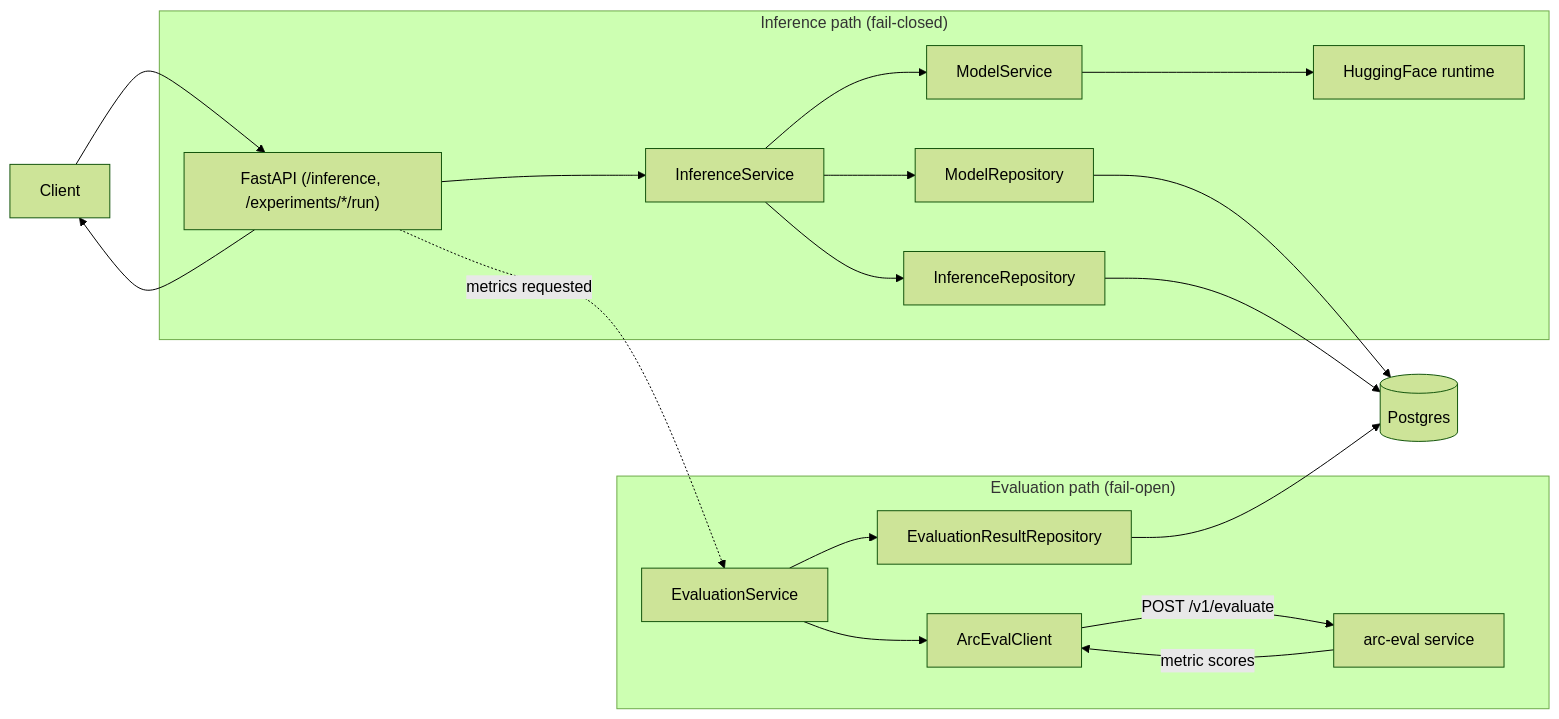
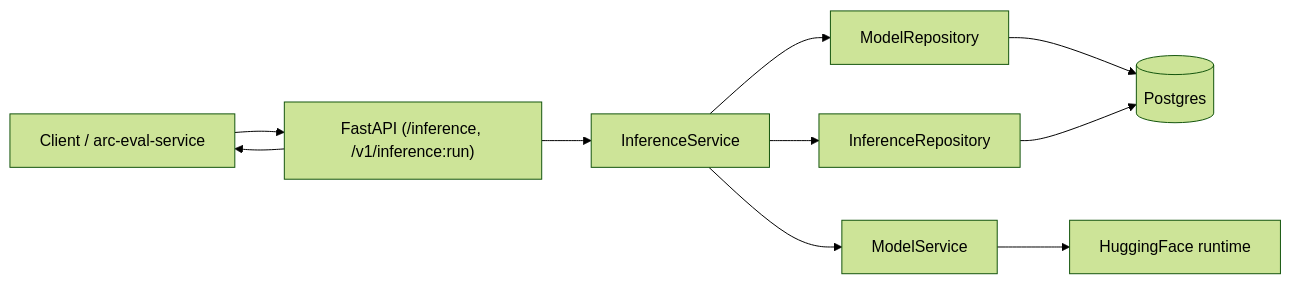
Before and after one commit to DimitarAtanassov/arc-model-lab: the first of 3 diagrams in docs/dataflow.md, drawn with Mermaid (forest theme). The commit also changed other lines of this file and 3 other files, not shown here.

````diff
--- a/docs/dataflow.md
+++ b/docs/dataflow.md
@@ -24,25 +20,12 @@
 ```mermaid
 flowchart LR
-    Client[Client] --> API["FastAPI (/inference, /experiments/*/run)"]
-
-    subgraph inf ["Inference path (fail-closed)"]
-        API --> InfSvc[InferenceService]
-        InfSvc --> ModelRepo[ModelRepository]
-        InfSvc --> MS[ModelService]
-        MS --> HF[HuggingFace runtime]
-        InfSvc --> InfRepo[InferenceRepository]
-    end
-
-    subgraph ev ["Evaluation path (fail-open)"]
-        API -. "metrics requested" .-> EvalSvc[EvaluationService]
-        EvalSvc --> AEC[ArcEvalClient]
-        AEC -->|"POST /v1/evaluate"| Arc[arc-eval service]
-        Arc -->|metric scores| AEC
-        EvalSvc --> EvalRepo[EvaluationResultRepository]
-    end
-
+    Client[Client / arc-eval-service] --> API["FastAPI (/inference, /v1/inference:run)"]
+    API --> InfSvc[InferenceService]
+    InfSvc --> ModelRepo[ModelRepository]
+    InfSvc --> MS[ModelService]
+    MS --> HF[HuggingFace runtime]
+    InfSvc --> InfRepo[InferenceRepository]
     ModelRepo --> DB[(Postgres)]
     InfRepo --> DB
-    EvalRepo --> DB
     API --> Client
 ```
````
